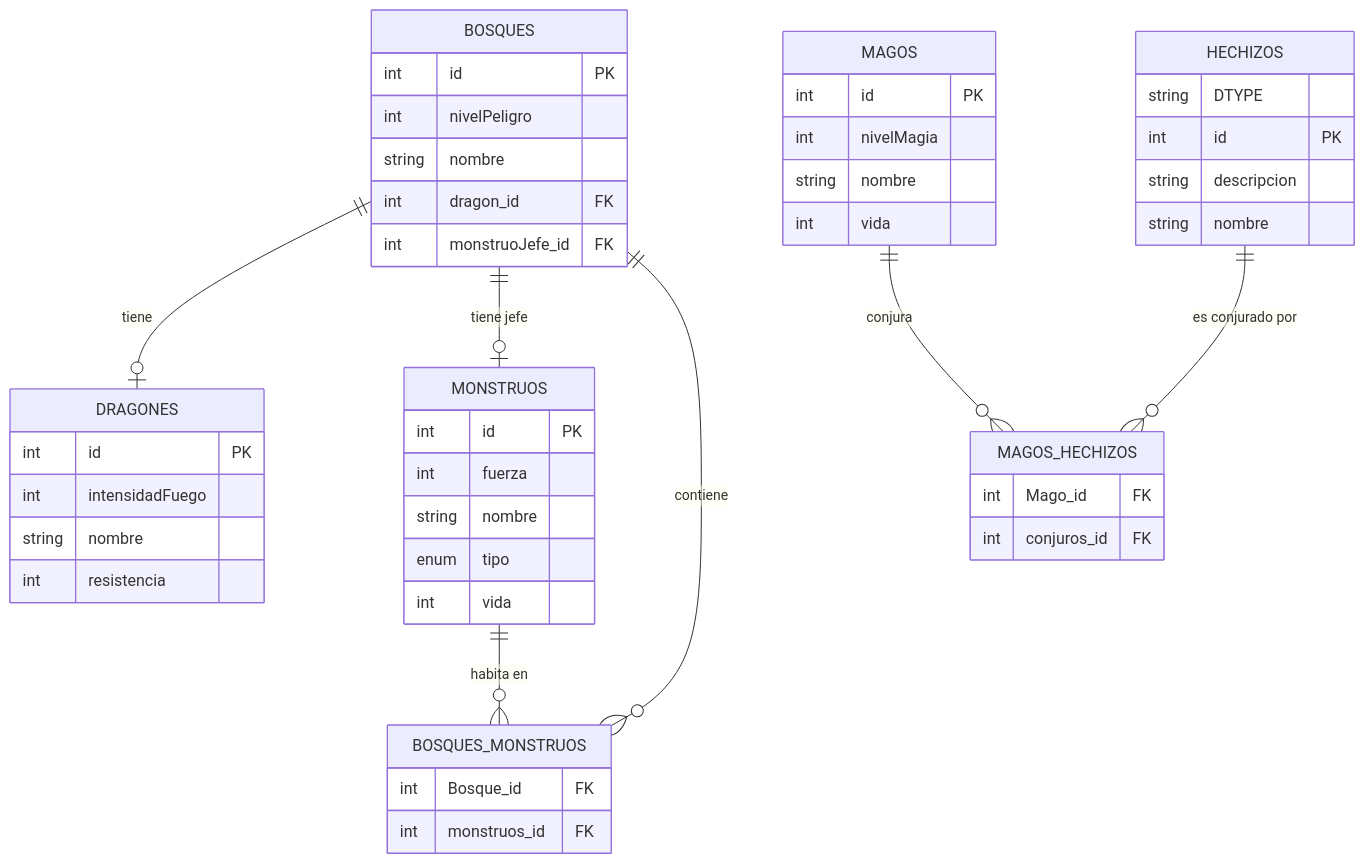
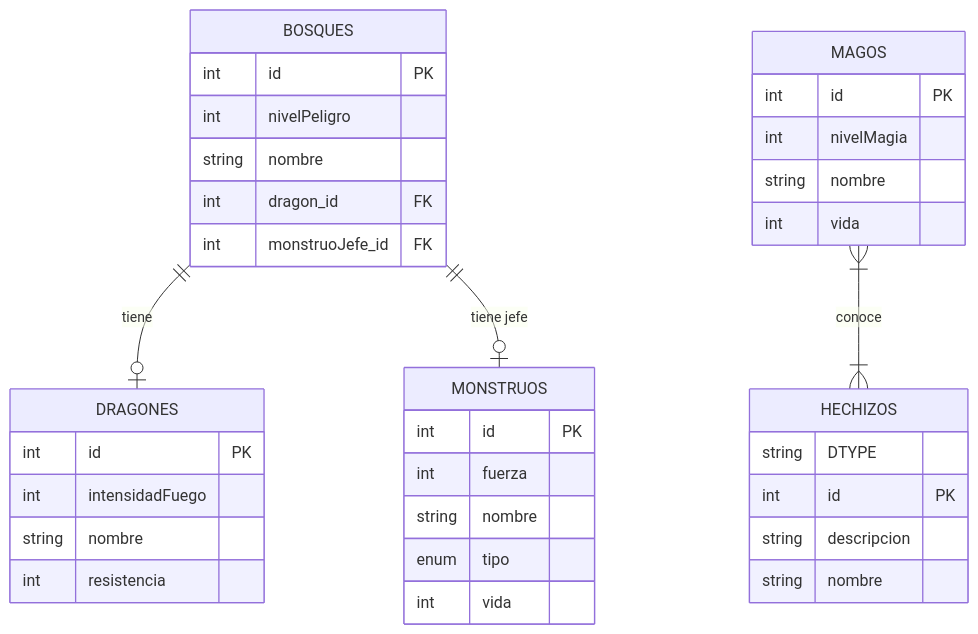
Before and after one commit to a25adambf/dragolandia: the second of 2 diagrams in README.md, drawn with Mermaid.

````diff
--- a/README.md
+++ b/README.md
@@ -98,56 +98,44 @@
 ```mermaid
 erDiagram
     BOSQUES ||--o| DRAGONES : "tiene"
     BOSQUES ||--o| MONSTRUOS : "tiene jefe"
-    BOSQUES ||--o{ BOSQUES_MONSTRUOS : "contiene"
-    MONSTRUOS ||--o{ BOSQUES_MONSTRUOS : "habita en"
-    MAGOS ||--o{ MAGOS_HECHIZOS : "conjura"
-    HECHIZOS ||--o{ MAGOS_HECHIZOS : "es conjurado por"
+    MAGOS  }|--|{ HECHIZOS : "conoce"
 
     BOSQUES {
         int id PK
         int nivelPeligro
         string nombre
         int dragon_id FK
         int monstruoJefe_id FK
     }
 
     DRAGONES {
         int id PK
         int intensidadFuego
         string nombre
         int resistencia
     }
 
     MONSTRUOS {
         int id PK
         int fuerza
         string nombre
         enum tipo
         int vida
     }
 
-    BOSQUES_MONSTRUOS {
-        int Bosque_id FK
-        int monstruos_id FK
-    }
 
     MAGOS {
         int id PK
         int nivelMagia
         string nombre
         int vida
     }
 
     HECHIZOS {
         string DTYPE
         int id PK
         string descripcion
         string nombre
     }
-
-    MAGOS_HECHIZOS {
-        int Mago_id FK
-        int conjuros_id FK
-    }
 ```
````
